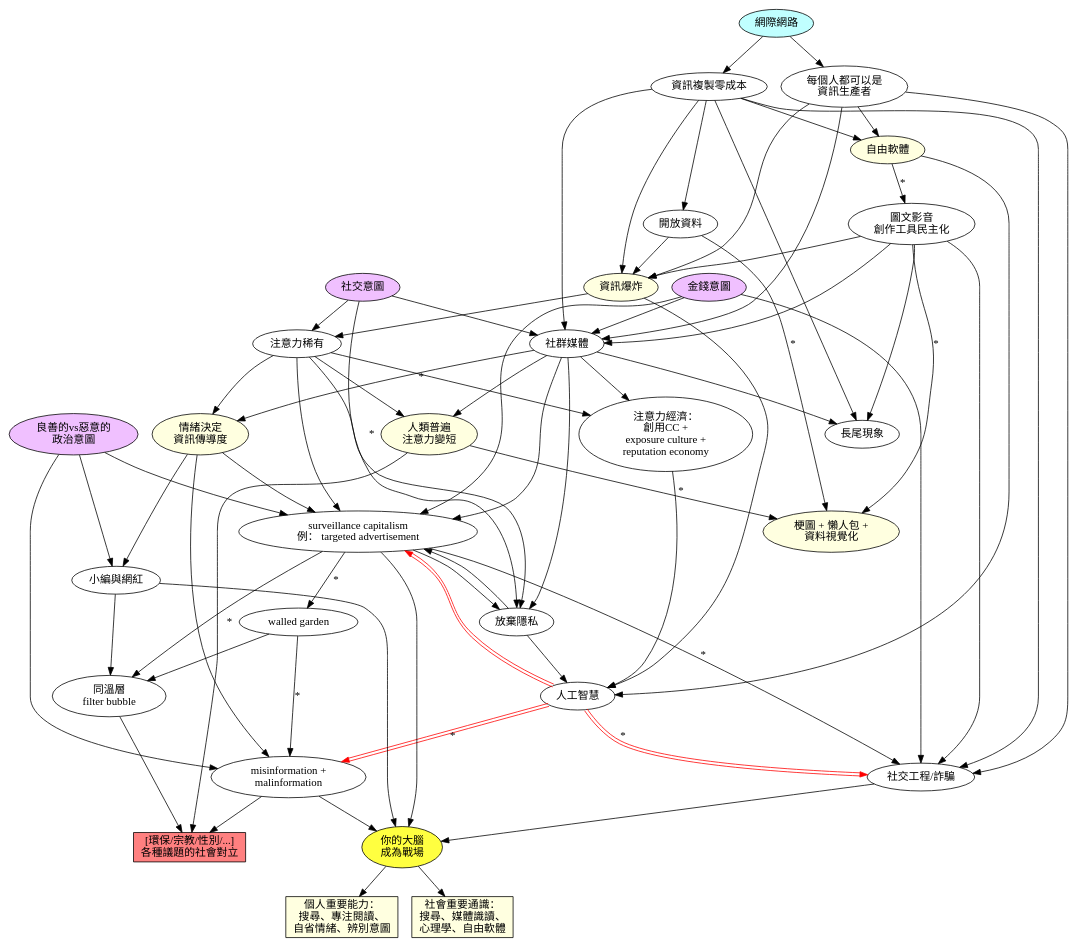
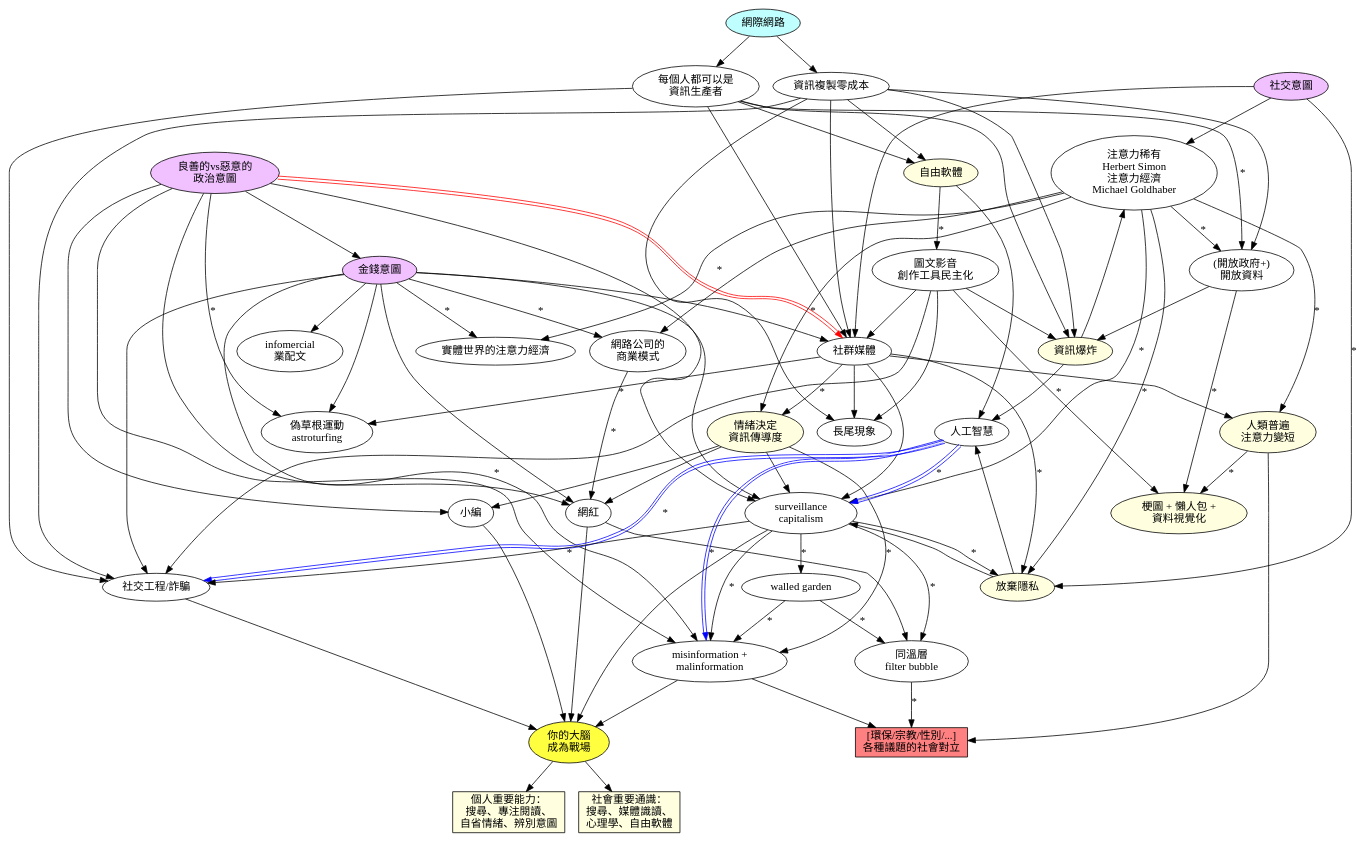
Before and after one commit to ckhung/ckhung.github.io: the diagram in a/m/23/war-on-brain.dot, drawn with Graphviz. The commit also changed 1 other file, not shown here.

Commit message:
war-on-brain.*

```diff
--- a/a/m/23/war-on-brain.dot
+++ b/a/m/23/war-on-brain.dot
@@ -1,67 +1,93 @@
 digraph "頭腦爭霸戰" {
 
     rankdir = TB;
     overlap = scale;
 
     social_motivation [ label="社交意圖"; style=filled; fillcolor="#f0c0ff" ];
     monetary_motivation [ label="金錢意圖"; style=filled; fillcolor="#f0c0ff" ];
     political_motivation [ label="良善的vs惡意的\n政治意圖"; style=filled; fillcolor="#f0c0ff" ];
     internet [ label="網際網路" style=filled; fillcolor="#c0ffff" ];
     copy_cost_0 [ label="資訊複製零成本" ];
-    open_data [ label="開放資料" ];
+    open_data [ label="(開放政府+)\n開放資料" ];
     everone_producer [ label="每個人都可以是\n資訊生產者" ];
     free_software [ label="自由軟體"; style=filled; fillcolor="#ffffe0" ];
     dem_prod_tool [ label="圖文影音\n創作工具民主化" ];
     info_explosion [ label="資訊爆炸"; style=filled; fillcolor="#ffffe0" ];
-    attention_scarcity [ label="注意力稀有" ];
+    attention_scarcity [ label="注意力稀有\nHerbert Simon\n注意力經濟\nMichael Goldhaber" ];
+    physical_ae [ label="實體世界的注意力經濟" ];
     social_media [ label="社群媒體" ];
+    astroturfing [ label="偽草根運動\nastroturfing" ];
     emotion [ label="情緒決定\n資訊傳導度"; style=filled; fillcolor="#ffffe0" ];
     attention_span [ label="人類普遍\n注意力變短"; style=filled; fillcolor="#ffffe0" ];
     visualization [ label="梗圖 + 懶人包 +\n資料視覺化"; style=filled; fillcolor="#ffffe0" ];
     long_tail [ label="長尾現象" ];
+    infomercial [ label="infomercial\n業配文" ];
+    kol [ label="網紅" ];
+    google_bm [ label="網路公司的\n商業模式" ];
     artificial_intelligence [ label="人工智慧" ];
-    attention_economy [ label="注意力經濟：\n創用CC +\nexposure culture +\nreputation economy" ];
     misinformation [ label="misinformation +\nmalinformation" ];
-    giving_up_privacy [ label="放棄隱私" ];
+    giving_up_privacy [ label="放棄隱私"; style=filled; fillcolor="#ffffe0" ];
     filter_bubble [ label="同溫層\nfilter bubble" ];
-    surveillance_capitalism [ label="surveillance capitalism\n例： targeted advertisement" ];
+    surveillance_capitalism [ label="surveillance\ncapitalism" ];
     walled_garden [ label="walled garden" ];
     social_engineering [ label="社交工程/詐騙" ];
-    kol [ label="小編與網紅" ];
+    editor [ label="小編" ];
     your_brain [ label="你的大腦\n成為戰場"; style=filled; fillcolor="#ffff40" ];
     conflict [ shape=rectangle; label="[環保/宗教/性別/...]\n各種議題的社會對立"; style=filled; fillcolor="#ff8080"; ];
     important_personal [ shape=rectangle; label="個人重要能力：\n搜尋、專注閱讀、\n自省情緒、辨別意圖"; style=filled; fillcolor="#ffffe0" ];
     important_societal [ shape=rectangle; label="社會重要通識：\n搜尋、媒體識讀、\n心理學、自由軟體"; style=filled; fillcolor="#ffffe0" ];
 
     # # # # # # # # # # # # # # # # # # # # 
 
     internet -> { copy_cost_0 everone_producer } -> free_software;
     free_software -> dem_prod_tool [ label="*"; labeltooltip="inkscape\ngimp\naudacity" ];
     { everone_producer copy_cost_0 dem_prod_tool } -> { info_explosion social_engineering };
     { social_motivation info_explosion } -> attention_scarcity;
     { social_motivation dem_prod_tool everone_producer copy_cost_0 } -> social_media;
+    political_motivation -> social_media [ color="#ff0000:white:#ff0000"; label="*"; labeltooltip="言論管制、\n集權國家" ];
     { dem_prod_tool copy_cost_0 social_media } -> long_tail;
-    attention_scarcity -> { attention_economy emotion attention_span giving_up_privacy };
-    social_media -> { attention_economy attention_span giving_up_privacy };
+    monetary_motivation -> physical_ae [ label="*"; labeltooltip="四川航空 免費巴士\ndigital license plate ads" ];
+    attention_scarcity -> physical_ae;
+    attention_scarcity -> giving_up_privacy [ label="*"; labeltooltip="selfie" ];
+    attention_scarcity -> emotion [ label="*"; labeltooltip="下標題技巧" ];
+    attention_scarcity -> open_data [ label="*"; labeltooltip="創用CC" ];
+    attention_scarcity -> attention_span [ label="*"; labeltooltip="blog=>twitter\nyoutube=>抖音" ];
+    social_media -> attention_span;
+    social_media -> giving_up_privacy [ label="*"; labeltooltip="venmo\nthisisyourdigitallife\n300個讚\n元宇宙頭盔" ];
     social_media -> emotion [ label="*"; labeltooltip="一個怒值五個讚" ];
+    everone_producer -> open_data [ label="*"; labeltooltip="維基百科\n開放街圖" ];
     copy_cost_0 -> open_data -> info_explosion;
     open_data -> visualization [ label="*"; labeltooltip="Hans Rosling\nOWID" ];
     dem_prod_tool -> visualization [ label="*"; labeltooltip="metabase\ngrafana\nplotly\ngnuplot\nscatplot" ];
-    attention_span -> visualization [ label="*"; labeltooltip="infographics\ninfomercial" ];
+    attention_span -> visualization [ label="*"; labeltooltip="infographics" ];
     social_motivation -> giving_up_privacy [ label="*"; labeltooltip="FOMO\nzenly"; ];
-    { free_software info_explosion attention_economy giving_up_privacy } -> artificial_intelligence;
-    { monetary_motivation attention_scarcity social_media giving_up_privacy } -> surveillance_capitalism;
+    { free_software info_explosion giving_up_privacy } -> artificial_intelligence;
+    { monetary_motivation social_media giving_up_privacy } -> surveillance_capitalism;
+    attention_scarcity -> surveillance_capitalism [ label="*"; labeltooltip="targeted advertisement"; ];
     kol -> filter_bubble;
-    surveillance_capitalism -> filter_bubble [ label="*"; labeltooltip="你也會喜歡" ];
-    { filter_bubble attention_span misinformation } -> conflict;
-    surveillance_capitalism -> giving_up_privacy;
-    surveillance_capitalism -> walled_garden [ label="*"; labeltooltip="臉書\nline\n抖音\nbilibili" ];
+    surveillance_capitalism -> filter_bubble [ label="*"; labeltooltip="你也會喜歡\n劍橋分析" ];
+    { attention_span misinformation } -> conflict;
+    filter_bubble -> conflict [ label="*"; labeltooltip="fan wars" ];
+    surveillance_capitalism -> giving_up_privacy [ label="*"; labeltooltip="誘勸改用app\napp內建瀏覽器\n臉書打亂網址" ];
+    surveillance_capitalism -> walled_garden [ label="*"; labeltooltip="臉書登入才能讀\nlineline voom？\n抖音？\nbilibili？" ];
     surveillance_capitalism -> social_engineering [ label="*"; labeltooltip="黑市個資" ];
-    walled_garden -> misinformation [ label="*"; labeltooltip="臉書禁備份" ];
-    walled_garden -> filter_bubble;
-    monetary_motivation -> { social_media social_engineering };
-    { political_motivation emotion } -> { kol misinformation surveillance_capitalism }
-    artificial_intelligence -> surveillance_capitalism [color="#ff0000:white:#ff0000"];
-    artificial_intelligence -> { misinformation social_engineering } [color="#ff0000:white:#ff0000" label="*"; labeltooltip="deepfake" ];
-    { kol misinformation surveillance_capitalism social_engineering } -> your_brain -> { important_personal important_societal }
+    surveillance_capitalism -> misinformation [ label="*"; labeltooltip="劍橋分析" ];
+    walled_garden -> misinformation [ label="*"; labeltooltip="臉書禁備份\nline 群組\nline 內建瀏覽器不能搜尋\nline voom？" ];
+    walled_garden -> filter_bubble [ label="*"; labeltooltip="line 群組\nline 內建瀏覽器不能搜尋" ];
+    political_motivation -> monetary_motivation;
+    monetary_motivation -> { social_media social_engineering infomercial astroturfing };
+    attention_scarcity -> google_bm;
+    monetary_motivation ->  google_bm [ label="*"; labeltooltip="google\nyoutube\n臉書" ];
+    google_bm -> kol [ label="*"; labeltooltip="抖內\n工商服務\n拍賣直播" ];
+    social_media -> astroturfing [ label="*"; labeltooltip="we sell likes" ];
+    political_motivation -> astroturfing [ label="*"; labeltooltip="蜂蜜檸檬韓粉美國\n" ];
+    monetary_motivation -> misinformation [ label="*"; labeltooltip="馬其頓 假新聞\n真相製造機" ];
+    political_motivation -> { kol editor misinformation surveillance_capitalism };
+    monetary_motivation -> kol;
+    emotion -> { kol editor surveillance_capitalism };
+    emotion -> misinformation [ label="*"; labeltooltip="盜版/山寨/仿冒\n\npredatory journal?\n很多孩子走了\n近二週致死率全球第三高\n只改一個字的「引導腦補」認知戰\n側翼" ];
+    artificial_intelligence -> surveillance_capitalism [color="#0000ff:white:#0000ff"; label="*"; labeltooltip="劍橋分析 2.0" ];
+    artificial_intelligence -> social_engineering [color="#0000ff:white:#0000ff"; label="*"; labeltooltip="deepfake" ];
+    artificial_intelligence -> misinformation [color="#0000ff:white:#0000ff"; label="*"; labeltooltip="deepfake\n劍橋分析 2.0" ];
+    { kol editor misinformation surveillance_capitalism social_engineering } -> your_brain -> { important_personal important_societal }
 }
```
